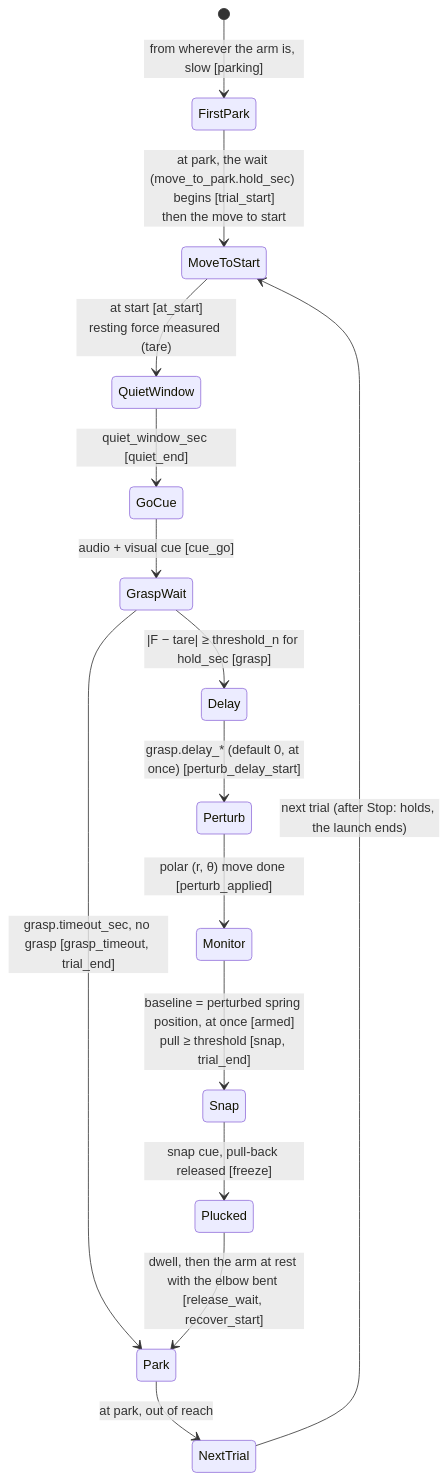
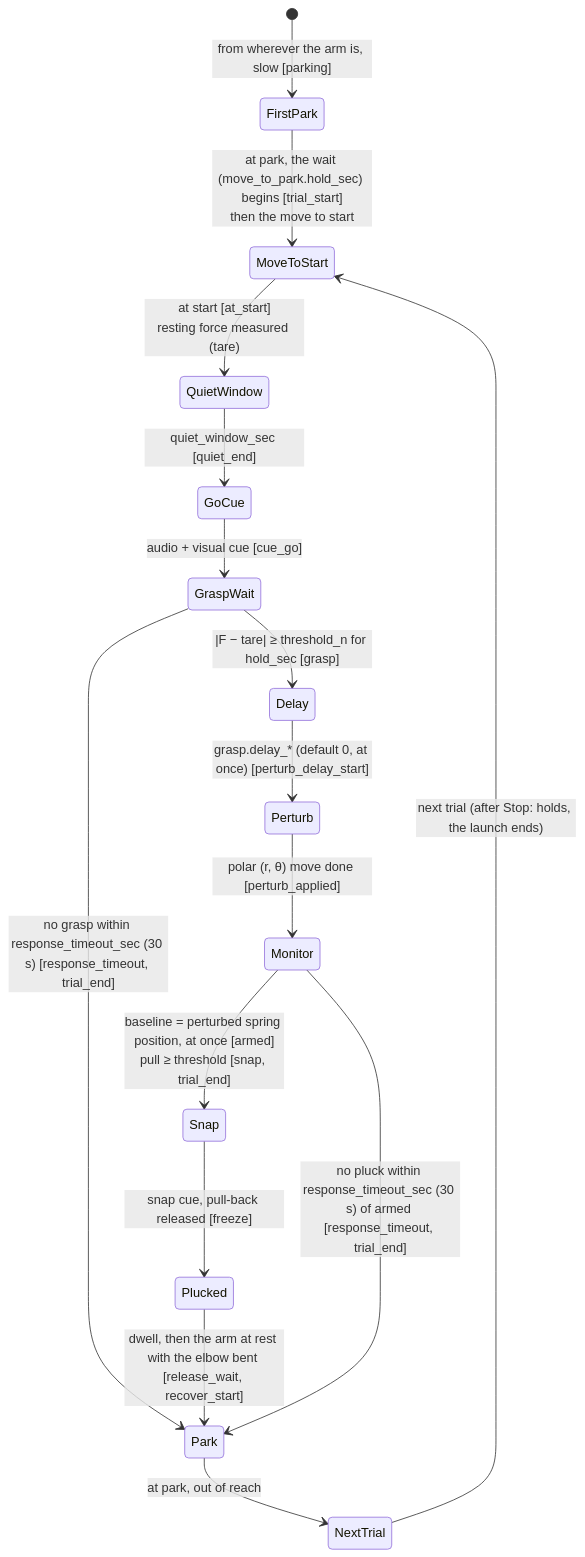
One commit to sinthlab/sinthlab-kuka-stack changed the seventh of 9 diagrams in README.md. Above: the diagram before and after it, drawn with Mermaid. The commit also changed other lines of this file and 18 other files, not shown here.

````diff
--- a/README.md
+++ b/README.md
@@ -1971,17 +1993,18 @@
 ```mermaid
 stateDiagram-v2
     [*] --> FirstPark : from wherever the arm is, slow [parking]
     FirstPark --> MoveToStart : at park, the wait (move_to_park.hold_sec) begins [trial_start]<br/>then the move to start
     MoveToStart --> QuietWindow : at start [at_start]<br/>resting force measured (tare)
     QuietWindow --> GoCue : quiet_window_sec [quiet_end]
     GoCue --> GraspWait : audio + visual cue [cue_go]
     GraspWait --> Delay : |F − tare| ≥ threshold_n for hold_sec [grasp]
-    GraspWait --> Park : grasp.timeout_sec, no grasp [grasp_timeout, trial_end]
+    GraspWait --> Park : no grasp within response_timeout_sec (30 s) [response_timeout, trial_end]
     Delay --> Perturb : grasp.delay_* (default 0, at once) [perturb_delay_start]
     Perturb --> Monitor : polar (r, θ) move done [perturb_applied]
     Monitor --> Snap : baseline = perturbed spring position, at once [armed]<br/>pull ≥ threshold [snap, trial_end]
     Snap --> Plucked : snap cue, pull-back released [freeze]
     Plucked --> Park : dwell, then the arm at rest with the elbow bent [release_wait, recover_start]
+    Monitor --> Park : no pluck within response_timeout_sec (30 s) of armed [response_timeout, trial_end]
     Park --> NextTrial : at park, out of reach
     NextTrial --> MoveToStart : next trial (after Stop: holds, the launch ends)
 ```
````
